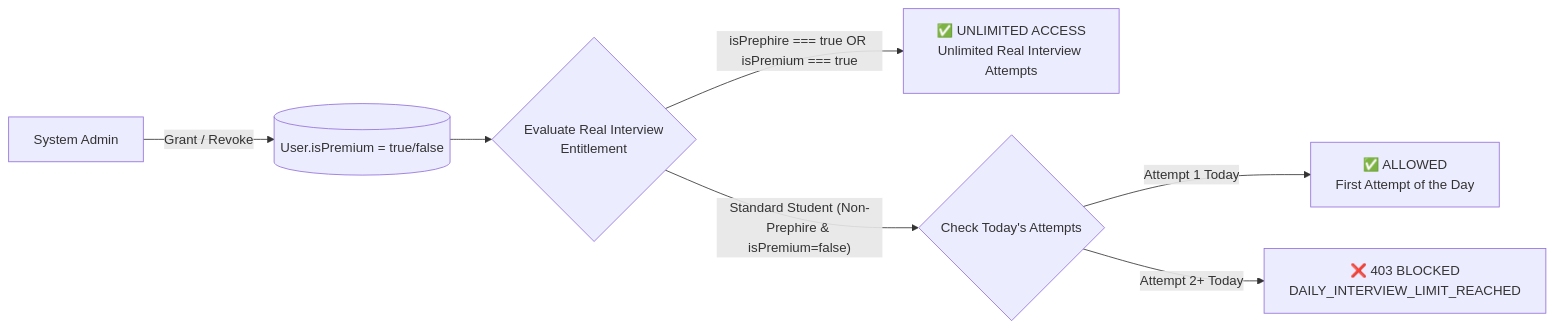
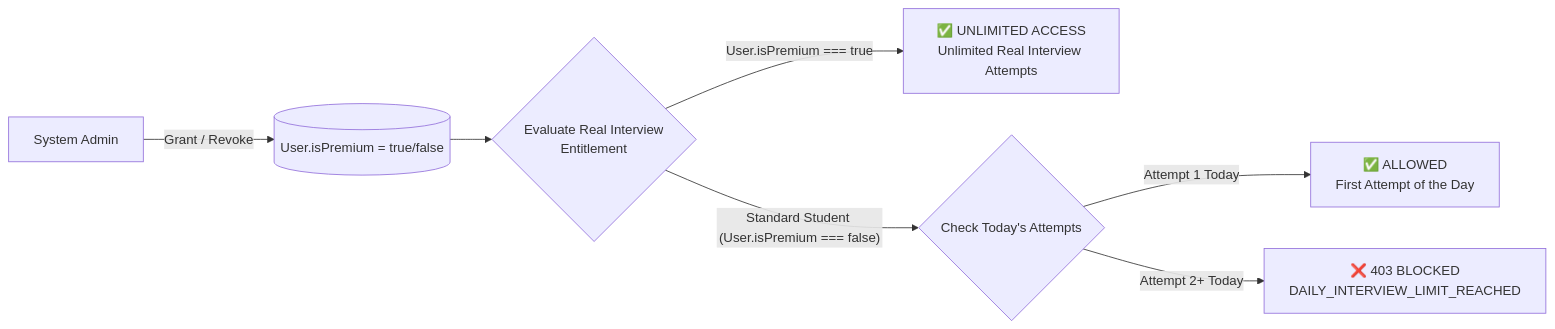
The third of 9 diagrams in README.md (Tushar-3612/AI-Interview-Platform), drawn with Mermaid before and after one commit. The commit also changed other lines of this file and 2 other files, not shown here.

Commit message:
fix: enforce admin-approved premium interview entitlement

````diff
--- a/README.md
+++ b/README.md
@@ -152,13 +152,13 @@
 ```mermaid
 flowchart LR
     ADMIN["System Admin"] -->|Grant / Revoke| MONGODB[("User.isPremium = true/false")]
     
     MONGODB --> AUTH_CHECK{"Evaluate Real Interview<br/>Entitlement"}
     
-    AUTH_CHECK -- "isPrephire === true OR isPremium === true" --> UNLIMITED["✅ UNLIMITED ACCESS<br/>Unlimited Real Interview Attempts"]
+    AUTH_CHECK -- "User.isPremium === true" --> UNLIMITED["✅ UNLIMITED ACCESS<br/>Unlimited Real Interview Attempts"]
     
-    AUTH_CHECK -- "Standard Student (Non-Prephire & isPremium=false)" --> DAILY_LIMIT{"Check Today's Attempts"}
+    AUTH_CHECK -- "Standard Student (User.isPremium === false)" --> DAILY_LIMIT{"Check Today's Attempts"}
     
     DAILY_LIMIT -- "Attempt 1 Today" --> ALLOW["✅ ALLOWED<br/>First Attempt of the Day"]
     DAILY_LIMIT -- "Attempt 2+ Today" --> BLOCK["❌ 403 BLOCKED<br/>DAILY_INTERVIEW_LIMIT_REACHED"]
 ```
````
